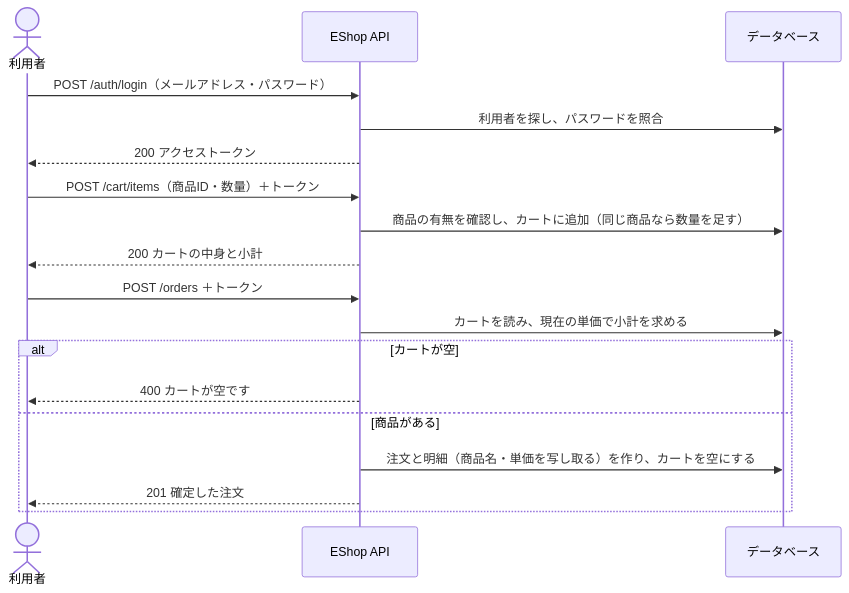
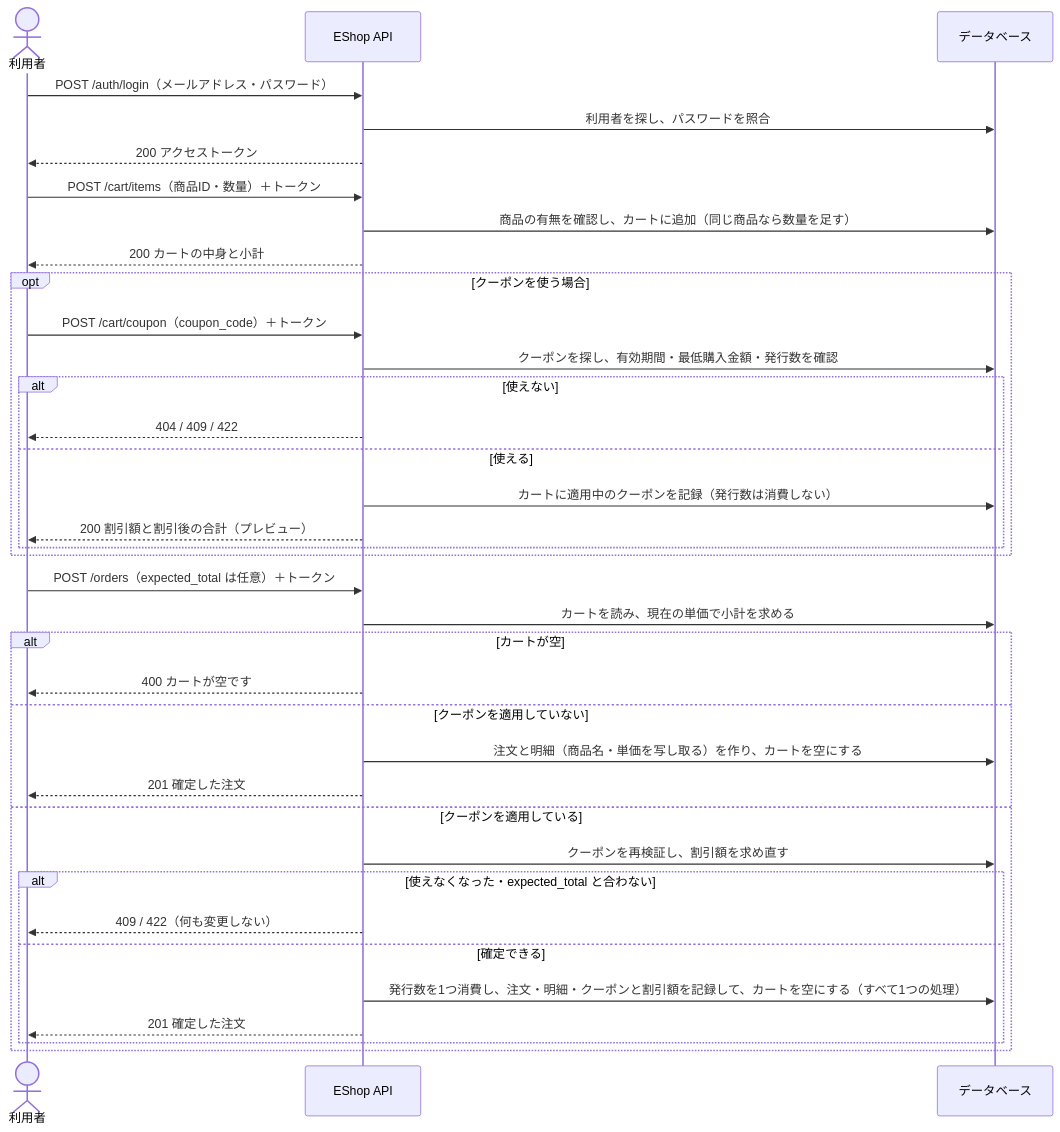
Before and after one commit to SEC-Online-Boot-Camp/EShop: the second of 3 diagrams in docs/基本設計書.md, drawn with Mermaid. The commit also changed other lines of this file and 3 other files, not shown here.

````diff
--- a/docs/基本設計書.md
+++ b/docs/基本設計書.md
@@ -109,20 +148,38 @@
 ```mermaid
 sequenceDiagram
     actor U as 利用者
     participant API as EShop API
     participant DB as データベース
     U->>API: POST /auth/login（メールアドレス・パスワード）
     API->>DB: 利用者を探し、パスワードを照合
     API-->>U: 200 アクセストークン
     U->>API: POST /cart/items（商品ID・数量）＋トークン
     API->>DB: 商品の有無を確認し、カートに追加（同じ商品なら数量を足す）
     API-->>U: 200 カートの中身と小計
-    U->>API: POST /orders ＋トークン
+    opt クーポンを使う場合
+        U->>API: POST /cart/coupon（coupon_code）＋トークン
+        API->>DB: クーポンを探し、有効期間・最低購入金額・発行数を確認
+        alt 使えない
+            API-->>U: 404 / 409 / 422
+        else 使える
+            API->>DB: カートに適用中のクーポンを記録（発行数は消費しない）
+            API-->>U: 200 割引額と割引後の合計（プレビュー）
+        end
+    end
+    U->>API: POST /orders（expected_total は任意）＋トークン
     API->>DB: カートを読み、現在の単価で小計を求める
     alt カートが空
         API-->>U: 400 カートが空です
-    else 商品がある
+    else クーポンを適用していない
         API->>DB: 注文と明細（商品名・単価を写し取る）を作り、カートを空にする
         API-->>U: 201 確定した注文
+    else クーポンを適用している
+        API->>DB: クーポンを再検証し、割引額を求め直す
+        alt 使えなくなった・expected_total と合わない
+            API-->>U: 409 / 422（何も変更しない）
+        else 確定できる
+            API->>DB: 発行数を1つ消費し、注文・明細・クーポンと割引額を記録して、カートを空にする（すべて1つの処理）
+            API-->>U: 201 確定した注文
+        end
     end
 ```
````
